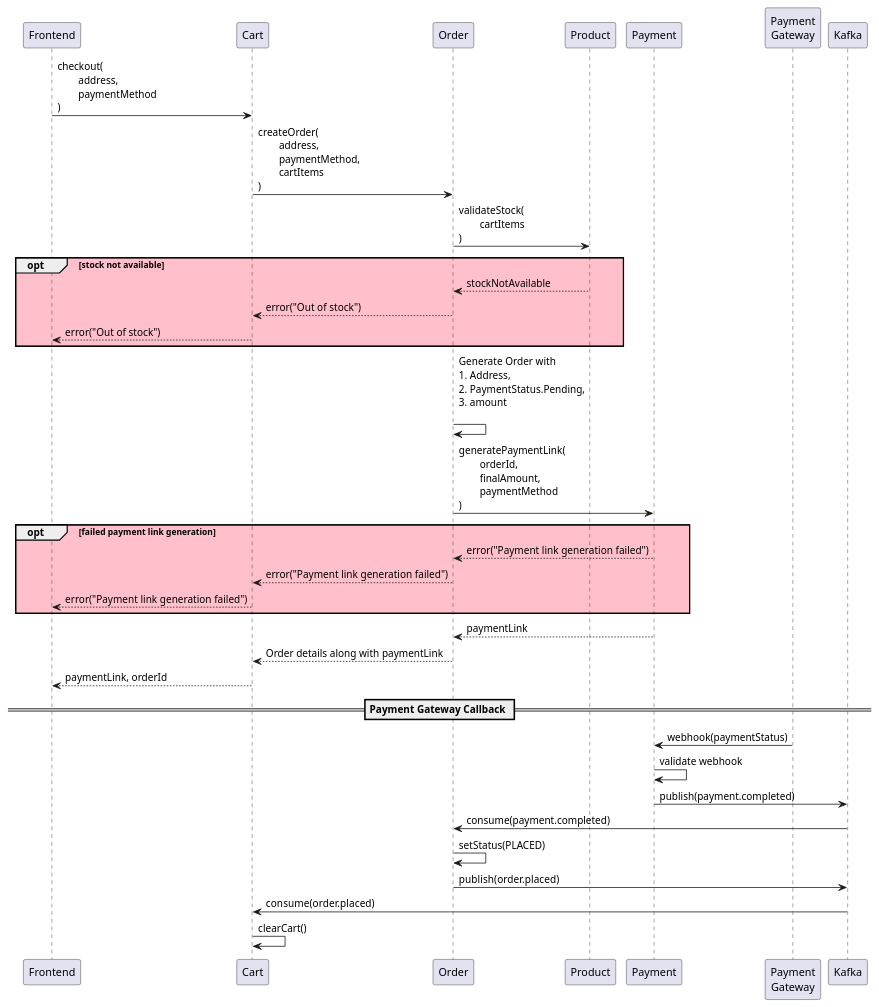
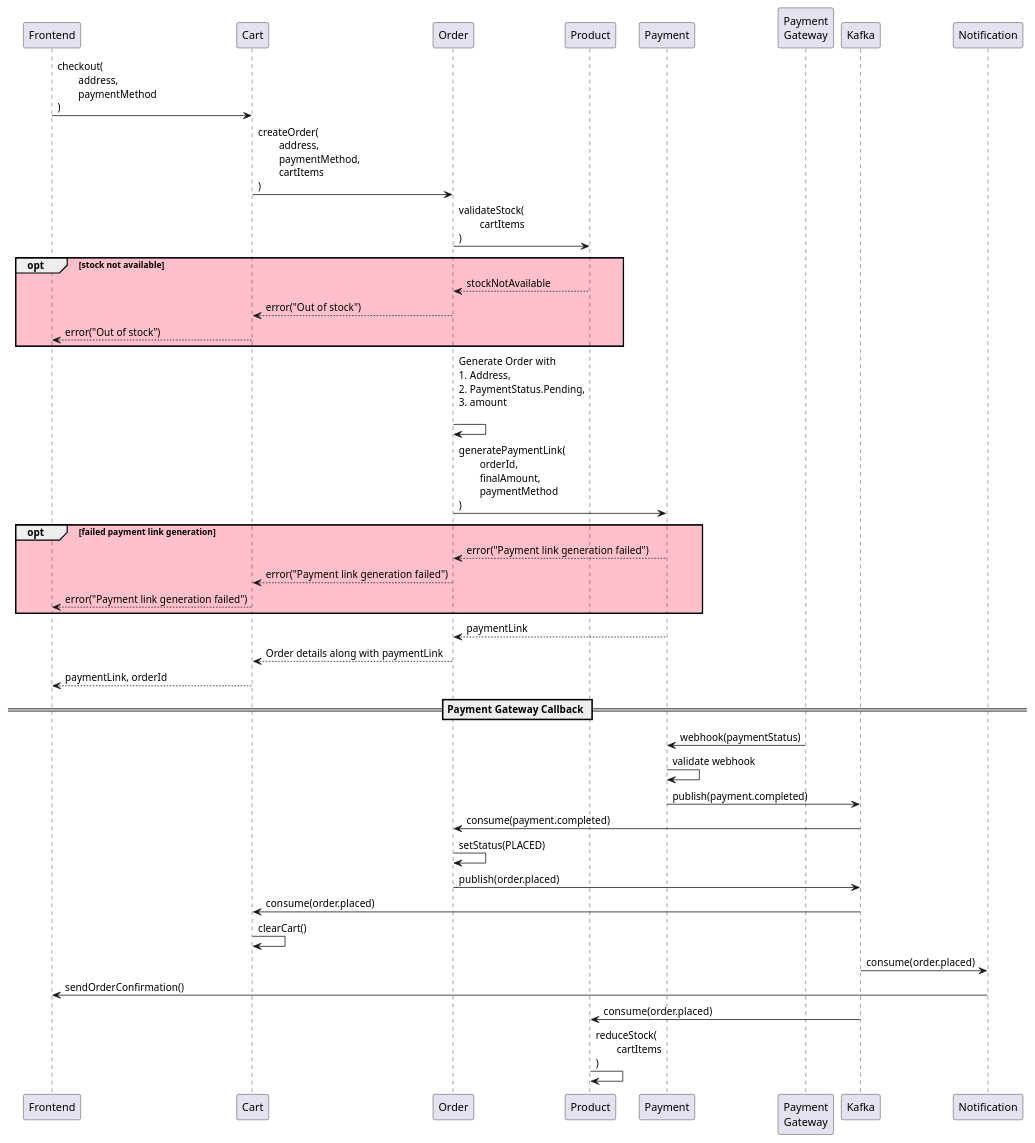
Before and after one commit to Veeshal/neovarsity-ecommerce-capstone-project: the diagram in docs/uml/checkout.puml, drawn with PlantUML. The commit also changed 1 other file, not shown here.

Commit message:
Updated stock deduction in product service.

```diff
--- a/docs/uml/checkout.puml
+++ b/docs/uml/checkout.puml
@@ -1,41 +1,45 @@
 @startuml
 'https://plantuml.com/sequence-diagram
 
 
 Frontend -> Cart: checkout(\n\taddress,\n\tpaymentMethod\n)
 
 Cart -> Order: createOrder(\n\taddress,\n\tpaymentMethod,\n\tcartItems\n)
 
 Order -> Product: validateStock(\n\tcartItems\n)
 opt #pink stock not available
     Product --> Order: stockNotAvailable
     Order --> Cart: error("Out of stock")
     Cart --> Frontend: error("Out of stock")
 end
 Order -> Order: Generate Order with\n1. Address,\n2. PaymentStatus.Pending,\n3. amount\n
 
 Order -> Payment: generatePaymentLink(\n\torderId,\n\tfinalAmount,\n\tpaymentMethod\n)
 opt #pink failed payment link generation
     Payment --> Order: error("Payment link generation failed")
     Order --> Cart: error("Payment link generation failed")
     Cart --> Frontend: error("Payment link generation failed")
 end
 
 Payment --> Order: paymentLink
 Order --> Cart: Order details along with paymentLink
 Cart --> Frontend: paymentLink, orderId
 
 == Payment Gateway Callback ==
 
 "Payment\nGateway" -> Payment: webhook(paymentStatus)
 Payment -> Payment: validate webhook
 
 Payment -> Kafka: publish(payment.completed)
 Kafka -> Order: consume(payment.completed)
 Order -> Order: setStatus(PLACED)
 Order -> Kafka: publish(order.placed)
 
 Kafka -> Cart: consume(order.placed)
 Cart -> Cart: clearCart()
+Kafka -> Notification: consume(order.placed)
+Notification -> Frontend: sendOrderConfirmation()
+Kafka -> Product: consume(order.placed)
+Product -> Product: reduceStock(\n\tcartItems\n)
 
 @enduml
```
